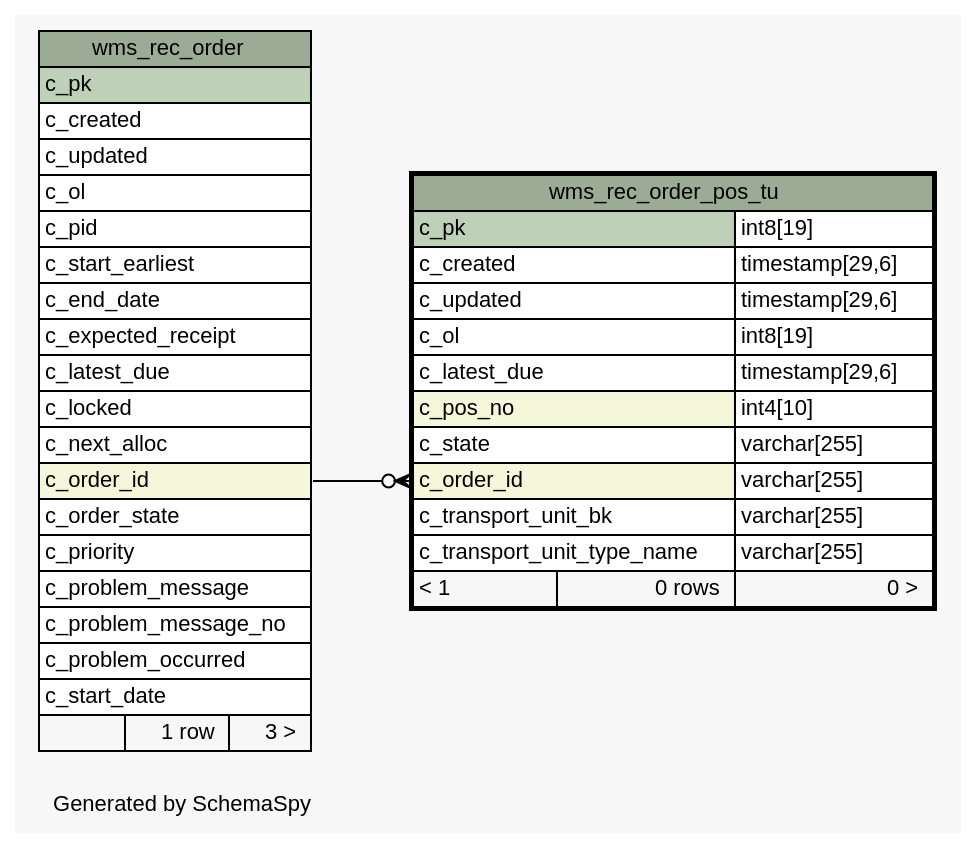
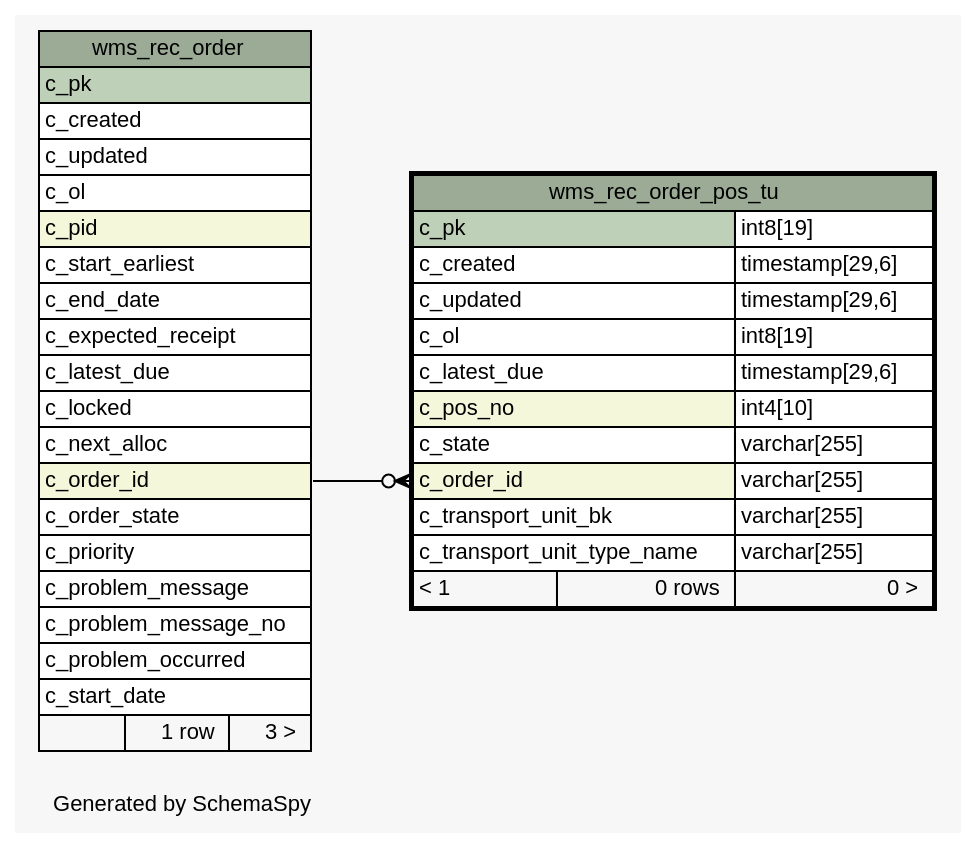
One commit to openwms/org.openwms.wms.receiving.lib changed the diagram in 1.0.0-SNAPSHOT/schemaspy/diagrams/wms_rec_order_pos_tu.1degree.dot. Above: the diagram before and after it, drawn with Graphviz. The commit also changed 374 other files, not shown here.

```diff
--- a/1.0.0-SNAPSHOT/schemaspy/diagrams/wms_rec_order_pos_tu.1degree.dot
+++ b/1.0.0-SNAPSHOT/schemaspy/diagrams/wms_rec_order_pos_tu.1degree.dot
@@ -1,69 +1,69 @@
 // dot 2.43.0 on Linux 5.11.0-1028-azure
 // SchemaSpy rev Unknown
 digraph "oneDegreeRelationshipsDiagram" {
   graph [
     rankdir="RL"
     bgcolor="#f7f7f7"
     label="\nGenerated by SchemaSpy"
     labeljust="l"
     nodesep="0.18"
     ranksep="0.46"
     fontname="Helvetica"
     fontsize="11"
   ];
   node [
     fontname="Helvetica"
     fontsize="11"
     shape="plaintext"
   ];
   edge [
     arrowsize="0.8"
   ];
   "wms_rec_order_pos_tu":"c_order_id":w -> "wms_rec_order":"c_order_id":e [arrowhead=none dir=back arrowtail=crowodot];
   "wms_rec_order" [
     label=<
     <TABLE BORDER="0" CELLBORDER="1" CELLSPACING="0" BGCOLOR="#ffffff">
       <TR><TD COLSPAN="3" BGCOLOR="#9bab96" ALIGN="CENTER">wms_rec_order</TD></TR>
       <TR><TD PORT="c_pk" COLSPAN="3" BGCOLOR="#bed1b8" ALIGN="LEFT">c_pk</TD></TR>
       <TR><TD PORT="c_created" COLSPAN="3" ALIGN="LEFT">c_created</TD></TR>
       <TR><TD PORT="c_updated" COLSPAN="3" ALIGN="LEFT">c_updated</TD></TR>
       <TR><TD PORT="c_ol" COLSPAN="3" ALIGN="LEFT">c_ol</TD></TR>
-      <TR><TD PORT="c_pid" COLSPAN="3" ALIGN="LEFT">c_pid</TD></TR>
+      <TR><TD PORT="c_pid" COLSPAN="3" BGCOLOR="#f4f7da" ALIGN="LEFT">c_pid</TD></TR>
       <TR><TD PORT="c_start_earliest" COLSPAN="3" ALIGN="LEFT">c_start_earliest</TD></TR>
       <TR><TD PORT="c_end_date" COLSPAN="3" ALIGN="LEFT">c_end_date</TD></TR>
       <TR><TD PORT="c_expected_receipt" COLSPAN="3" ALIGN="LEFT">c_expected_receipt</TD></TR>
       <TR><TD PORT="c_latest_due" COLSPAN="3" ALIGN="LEFT">c_latest_due</TD></TR>
       <TR><TD PORT="c_locked" COLSPAN="3" ALIGN="LEFT">c_locked</TD></TR>
       <TR><TD PORT="c_next_alloc" COLSPAN="3" ALIGN="LEFT">c_next_alloc</TD></TR>
       <TR><TD PORT="c_order_id" COLSPAN="3" BGCOLOR="#f4f7da" ALIGN="LEFT">c_order_id</TD></TR>
       <TR><TD PORT="c_order_state" COLSPAN="3" ALIGN="LEFT">c_order_state</TD></TR>
       <TR><TD PORT="c_priority" COLSPAN="3" ALIGN="LEFT">c_priority</TD></TR>
       <TR><TD PORT="c_problem_message" COLSPAN="3" ALIGN="LEFT">c_problem_message</TD></TR>
       <TR><TD PORT="c_problem_message_no" COLSPAN="3" ALIGN="LEFT">c_problem_message_no</TD></TR>
       <TR><TD PORT="c_problem_occurred" COLSPAN="3" ALIGN="LEFT">c_problem_occurred</TD></TR>
       <TR><TD PORT="c_start_date" COLSPAN="3" ALIGN="LEFT">c_start_date</TD></TR>
       <TR><TD ALIGN="LEFT" BGCOLOR="#f7f7f7">  </TD><TD ALIGN="RIGHT" BGCOLOR="#f7f7f7">1 row</TD><TD ALIGN="RIGHT" BGCOLOR="#f7f7f7">3 &gt;</TD></TR>
     </TABLE>>
     URL="wms_rec_order.html"
     tooltip="wms_rec_order"
   ];
   "wms_rec_order_pos_tu" [
     label=<
     <TABLE BORDER="2" CELLBORDER="1" CELLSPACING="0" BGCOLOR="#ffffff">
       <TR><TD COLSPAN="3" BGCOLOR="#9bab96" ALIGN="CENTER">wms_rec_order_pos_tu</TD></TR>
       <TR><TD PORT="c_pk" COLSPAN="2" BGCOLOR="#bed1b8" ALIGN="LEFT">c_pk</TD><TD PORT="c_pk.type" ALIGN="LEFT">int8[19]</TD></TR>
       <TR><TD PORT="c_created" COLSPAN="2" ALIGN="LEFT">c_created</TD><TD PORT="c_created.type" ALIGN="LEFT">timestamp[29,6]</TD></TR>
       <TR><TD PORT="c_updated" COLSPAN="2" ALIGN="LEFT">c_updated</TD><TD PORT="c_updated.type" ALIGN="LEFT">timestamp[29,6]</TD></TR>
       <TR><TD PORT="c_ol" COLSPAN="2" ALIGN="LEFT">c_ol</TD><TD PORT="c_ol.type" ALIGN="LEFT">int8[19]</TD></TR>
       <TR><TD PORT="c_latest_due" COLSPAN="2" ALIGN="LEFT">c_latest_due</TD><TD PORT="c_latest_due.type" ALIGN="LEFT">timestamp[29,6]</TD></TR>
       <TR><TD PORT="c_pos_no" COLSPAN="2" BGCOLOR="#f4f7da" ALIGN="LEFT">c_pos_no</TD><TD PORT="c_pos_no.type" ALIGN="LEFT">int4[10]</TD></TR>
       <TR><TD PORT="c_state" COLSPAN="2" ALIGN="LEFT">c_state</TD><TD PORT="c_state.type" ALIGN="LEFT">varchar[255]</TD></TR>
       <TR><TD PORT="c_order_id" COLSPAN="2" BGCOLOR="#f4f7da" ALIGN="LEFT">c_order_id</TD><TD PORT="c_order_id.type" ALIGN="LEFT">varchar[255]</TD></TR>
       <TR><TD PORT="c_transport_unit_bk" COLSPAN="2" ALIGN="LEFT">c_transport_unit_bk</TD><TD PORT="c_transport_unit_bk.type" ALIGN="LEFT">varchar[255]</TD></TR>
       <TR><TD PORT="c_transport_unit_type_name" COLSPAN="2" ALIGN="LEFT">c_transport_unit_type_name</TD><TD PORT="c_transport_unit_type_name.type" ALIGN="LEFT">varchar[255]</TD></TR>
       <TR><TD ALIGN="LEFT" BGCOLOR="#f7f7f7">&lt; 1</TD><TD ALIGN="RIGHT" BGCOLOR="#f7f7f7">0 rows</TD><TD ALIGN="RIGHT" BGCOLOR="#f7f7f7">0 &gt;</TD></TR>
     </TABLE>>
     URL="wms_rec_order_pos_tu.html"
     tooltip="wms_rec_order_pos_tu"
   ];
 }
```
